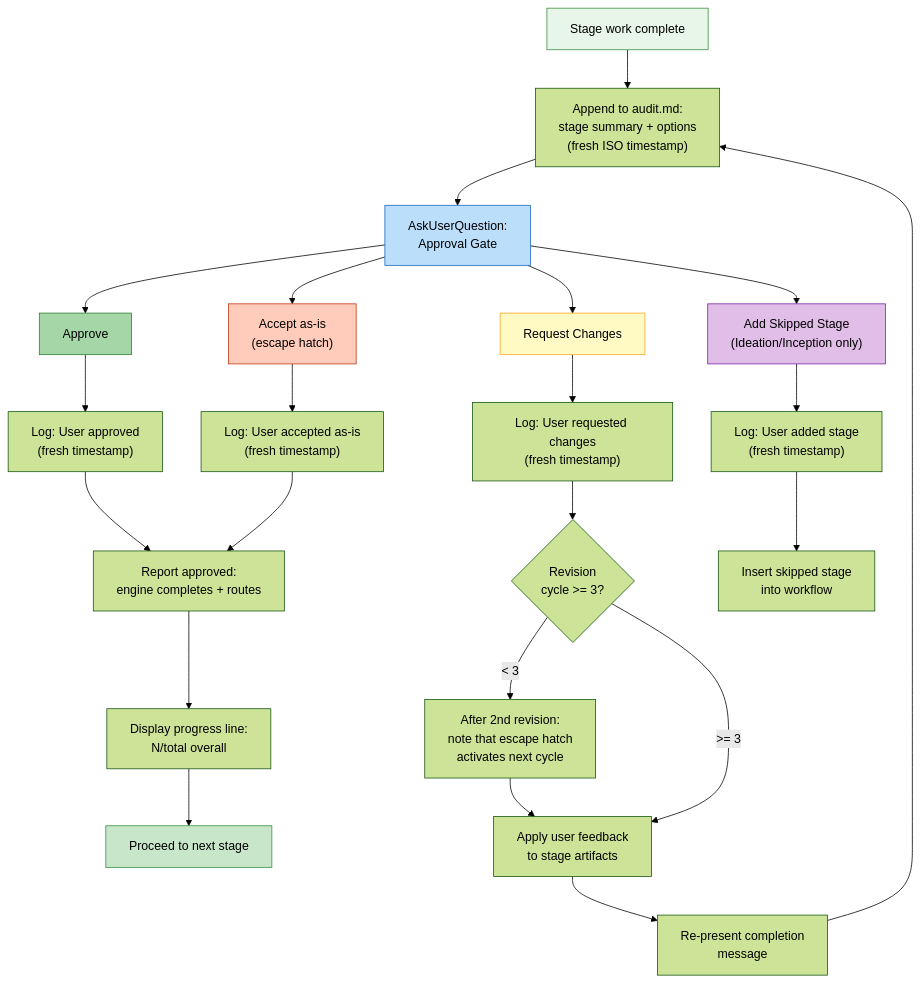
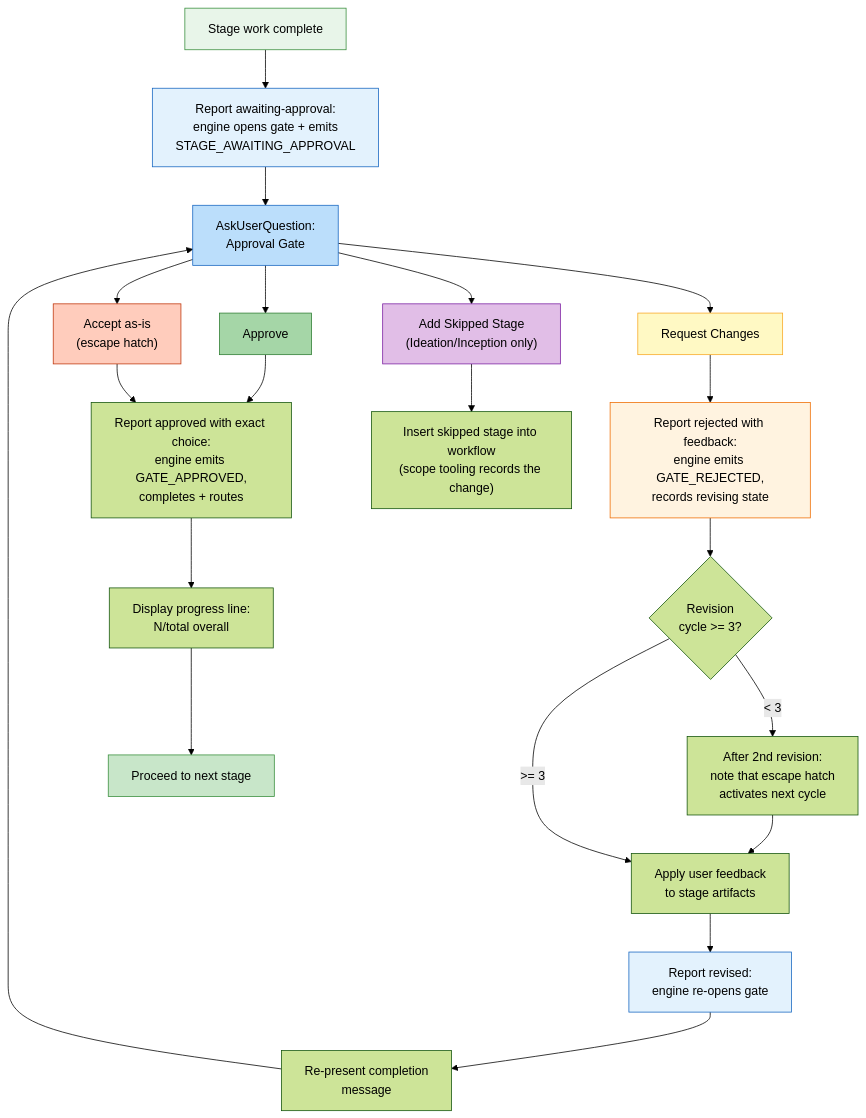
Before and after one commit to awslabs/aidlc-workflows: the tenth of 12 diagrams in docs/reference/diagrams.md, drawn with Mermaid (forest theme). The commit also changed other lines of this file and 15 other files, not shown here.

````diff
--- a/docs/reference/diagrams.md
+++ b/docs/reference/diagrams.md
@@ -490,51 +490,51 @@
 ```mermaid
 flowchart TD
     COMPLETE["Stage work complete"]
-    AUDIT_PRE["Append to audit.md:\nstage summary + options\n(fresh ISO timestamp)"]
+    REPORT_AWAITING["Report awaiting-approval:\nengine opens gate + emits\nSTAGE_AWAITING_APPROVAL"]
     ASK["AskUserQuestion:\nApproval Gate"]
 
     APPROVE["Approve"]
     CHANGES["Request Changes"]
     ACCEPT["Accept as-is\n(escape hatch)"]
     ADD_STAGE["Add Skipped Stage\n(Ideation/Inception only)"]
 
-    AUDIT_POST_A["Log: User approved\n(fresh timestamp)"]
-    AUDIT_POST_C["Log: User requested changes\n(fresh timestamp)"]
-    AUDIT_POST_ACC["Log: User accepted as-is\n(fresh timestamp)"]
-    AUDIT_POST_ADD["Log: User added stage\n(fresh timestamp)"]
-
     REVISION_COUNT{"Revision\ncycle >= 3?"}
     NOTE_2ND["After 2nd revision:\nnote that escape hatch\nactivates next cycle"]
 
-    REPORT_APPROVED["Report approved:\nengine completes + routes"]
+    REPORT_APPROVED["Report approved with exact choice:\nengine emits GATE_APPROVED,\ncompletes + routes"]
+    REPORT_REJECTED["Report rejected with feedback:\nengine emits GATE_REJECTED,\nrecords revising state"]
+    REPORT_REVISED["Report revised:\nengine re-opens gate"]
     PROGRESS["Display progress line:\nN/total overall"]
     NEXT_STAGE["Proceed to next stage"]
 
     REVISE["Apply user feedback\nto stage artifacts"]
     RE_PRESENT["Re-present completion\nmessage"]
 
-    ADD_EXEC["Insert skipped stage\ninto workflow"]
+    ADD_EXEC["Insert skipped stage into workflow\n(scope tooling records the change)"]
 
-    COMPLETE --> AUDIT_PRE --> ASK
+    COMPLETE --> REPORT_AWAITING --> ASK
     ASK --> APPROVE
     ASK --> CHANGES
     ASK --> ACCEPT
     ASK --> ADD_STAGE
 
-    APPROVE --> AUDIT_POST_A --> REPORT_APPROVED --> PROGRESS --> NEXT_STAGE
-    ACCEPT --> AUDIT_POST_ACC --> REPORT_APPROVED
+    APPROVE --> REPORT_APPROVED --> PROGRESS --> NEXT_STAGE
+    ACCEPT --> REPORT_APPROVED
 
-    CHANGES --> AUDIT_POST_C --> REVISION_COUNT
-    REVISION_COUNT -->|"< 3"| NOTE_2ND --> REVISE --> RE_PRESENT --> AUDIT_PRE
+    CHANGES --> REPORT_REJECTED --> REVISION_COUNT
+    REVISION_COUNT -->|"< 3"| NOTE_2ND --> REVISE --> REPORT_REVISED --> RE_PRESENT --> ASK
     REVISION_COUNT -->|">= 3"| REVISE
 
-    ADD_STAGE --> AUDIT_POST_ADD --> ADD_EXEC
+    ADD_STAGE --> ADD_EXEC
 
     style COMPLETE fill:#e8f5e9,stroke:#388e3c
+    style REPORT_AWAITING fill:#e3f2fd,stroke:#1565c0
     style ASK fill:#bbdefb,stroke:#1565c0
     style APPROVE fill:#a5d6a7,stroke:#2e7d32
     style CHANGES fill:#fff9c4,stroke:#f9a825
+    style REPORT_REJECTED fill:#fff3e0,stroke:#ef6c00
+    style REPORT_REVISED fill:#e3f2fd,stroke:#1565c0
     style ACCEPT fill:#ffccbc,stroke:#bf360c
     style ADD_STAGE fill:#e1bee7,stroke:#7b1fa2
     style NEXT_STAGE fill:#c8e6c9,stroke:#388e3c
 ```
````
